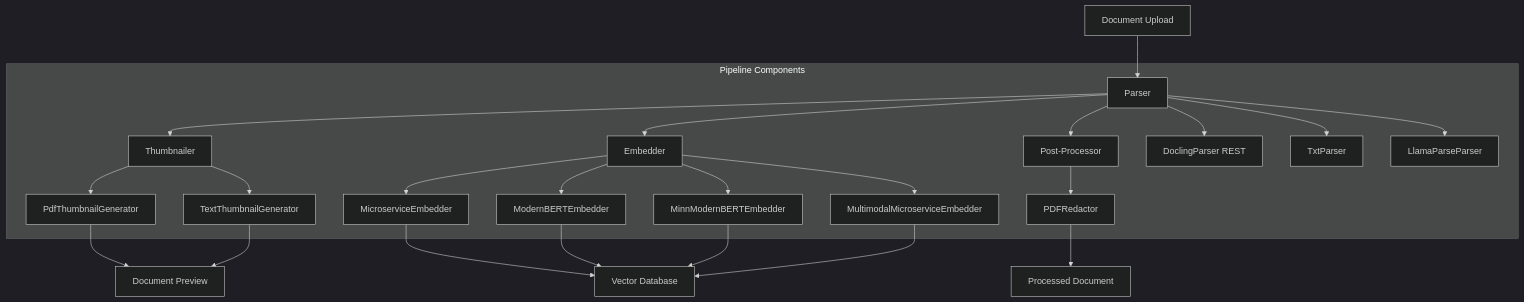
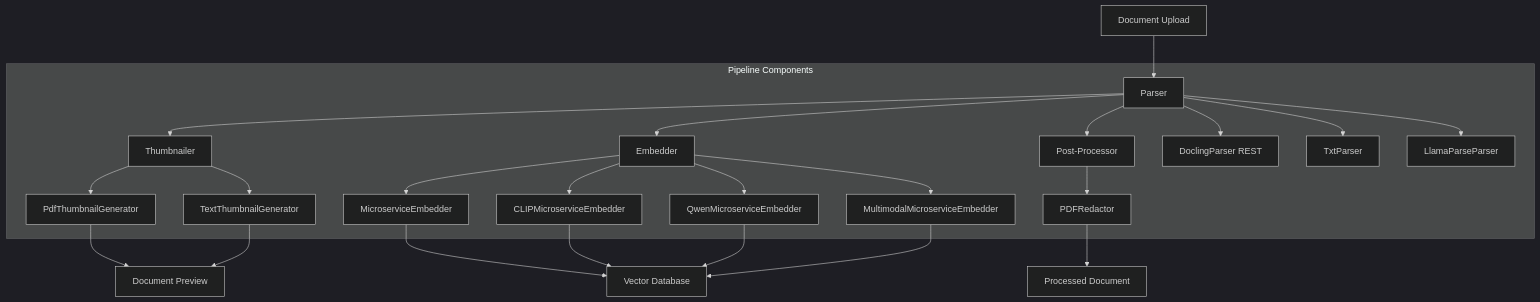
Before and after one commit to baichuanping/OpenContracts: the first of 2 diagrams in docs/pipelines/pipeline_overview.md, drawn with Mermaid (dark theme). The commit also changed other lines of this file and 8 other files, not shown here.

````diff
--- a/docs/pipelines/pipeline_overview.md
+++ b/docs/pipelines/pipeline_overview.md
@@ -15,31 +15,31 @@
 ```mermaid
 graph TD
     A[Document Upload] --> B[Parser]
     B --> C[Thumbnailer]
     B --> D[Embedder]
     B --> PP[Post-Processor]
 
     subgraph "Pipeline Components"
         B --> B1[DoclingParser REST]
         B --> B2[TxtParser]
         B --> B3[LlamaParseParser]
 
         C --> C1[PdfThumbnailGenerator]
         C --> C2[TextThumbnailGenerator]
 
         D --> D1[MicroserviceEmbedder]
-        D --> D2[ModernBERTEmbedder]
-        D --> D3[MinnModernBERTEmbedder]
+        D --> D2[CLIPMicroserviceEmbedder]
+        D --> D3[QwenMicroserviceEmbedder]
         D --> D4[MultimodalMicroserviceEmbedder]
 
         PP --> PP1[PDFRedactor]
     end
 
     C1 --> E[Document Preview]
     C2 --> E
     D1 --> F[Vector Database]
     D2 --> F
     D3 --> F
     D4 --> F
     PP1 --> G[Processed Document]
 ```
````
